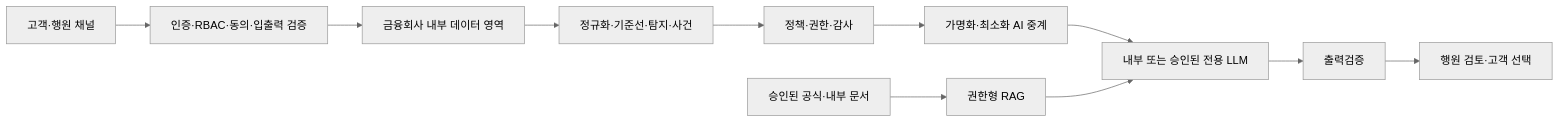
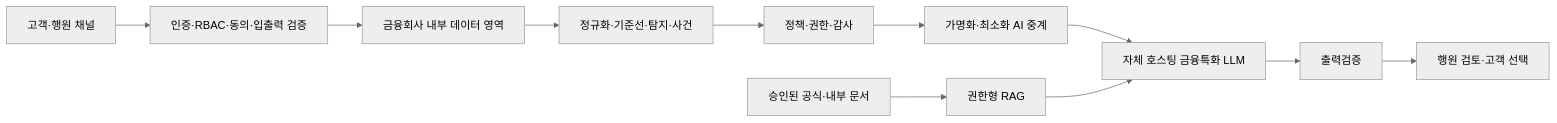
The third of 3 diagrams in ALZS_WELL_PROJECT_SSOT.md (xixvivji/alzs-well), drawn with Mermaid (neutral theme) before and after one commit. The commit also changed other lines of this file and 68 other files, not shown here.

````diff
--- a/ALZS_WELL_PROJECT_SSOT.md
+++ b/ALZS_WELL_PROJECT_SSOT.md
@@ -888,13 +979,13 @@
 ```mermaid
 flowchart LR
     A["고객·행원 채널"] --> B["인증·RBAC·동의·입출력 검증"]
     B --> C["금융회사 내부 데이터 영역"]
     C --> D["정규화·기준선·탐지·사건"]
     D --> E["정책·권한·감사"]
     E --> F["가명화·최소화 AI 중계"]
-    F --> G["내부 또는 승인된 전용 LLM"]
+    F --> G["자체 호스팅 금융특화 LLM"]
     H["승인된 공식·내부 문서"] --> I["권한형 RAG"]
     I --> G
     G --> J["출력검증"]
     J --> K["행원 검토·고객 선택"]
 ```
````
